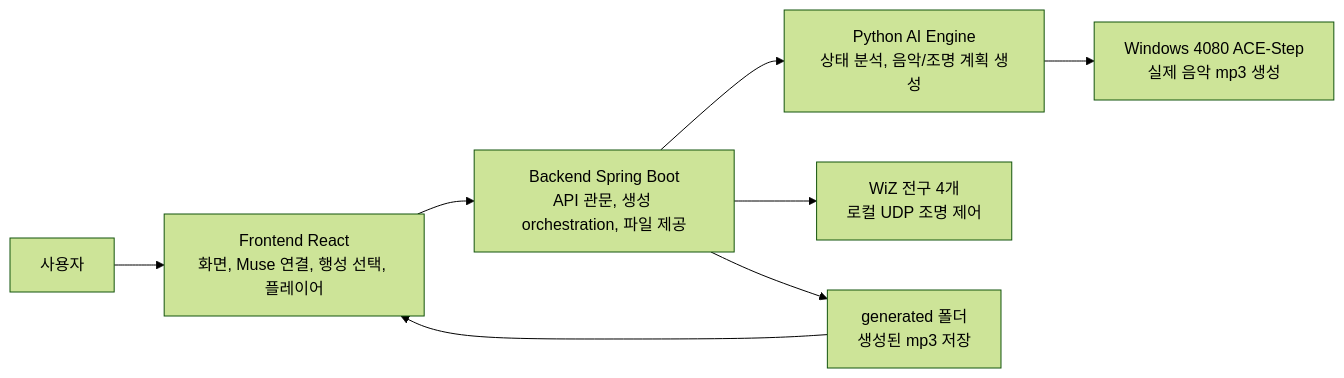
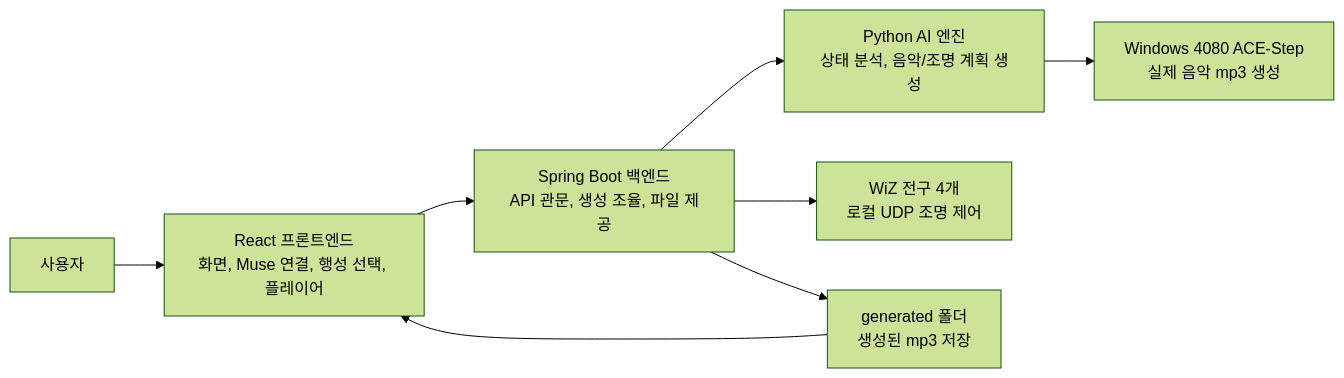
Before and after one commit to soonha01/noosbeta260215: the first of 7 diagrams in docs/system-flow-diagrams/README.md, drawn with Mermaid (forest theme). The commit also changed other lines of this file and 7 other files, not shown here.

````diff
--- a/docs/system-flow-diagrams/README.md
+++ b/docs/system-flow-diagrams/README.md
@@ -17,10 +17,10 @@
 ```mermaid
 flowchart LR
-  U["사용자"] --> F["Frontend React<br/>화면, Muse 연결, 행성 선택, 플레이어"]
-  F --> B["Backend Spring Boot<br/>API 관문, 생성 orchestration, 파일 제공"]
-  B --> AI["Python AI Engine<br/>상태 분석, 음악/조명 계획 생성"]
+  U["사용자"] --> F["React 프론트엔드<br/>화면, Muse 연결, 행성 선택, 플레이어"]
+  F --> B["Spring Boot 백엔드<br/>API 관문, 생성 조율, 파일 제공"]
+  B --> AI["Python AI 엔진<br/>상태 분석, 음악/조명 계획 생성"]
   AI --> ACE["Windows 4080 ACE-Step<br/>실제 음악 mp3 생성"]
   B --> WIZ["WiZ 전구 4개<br/>로컬 UDP 조명 제어"]
   B --> G["generated 폴더<br/>생성된 mp3 저장"]
   G --> F
 ```
````
